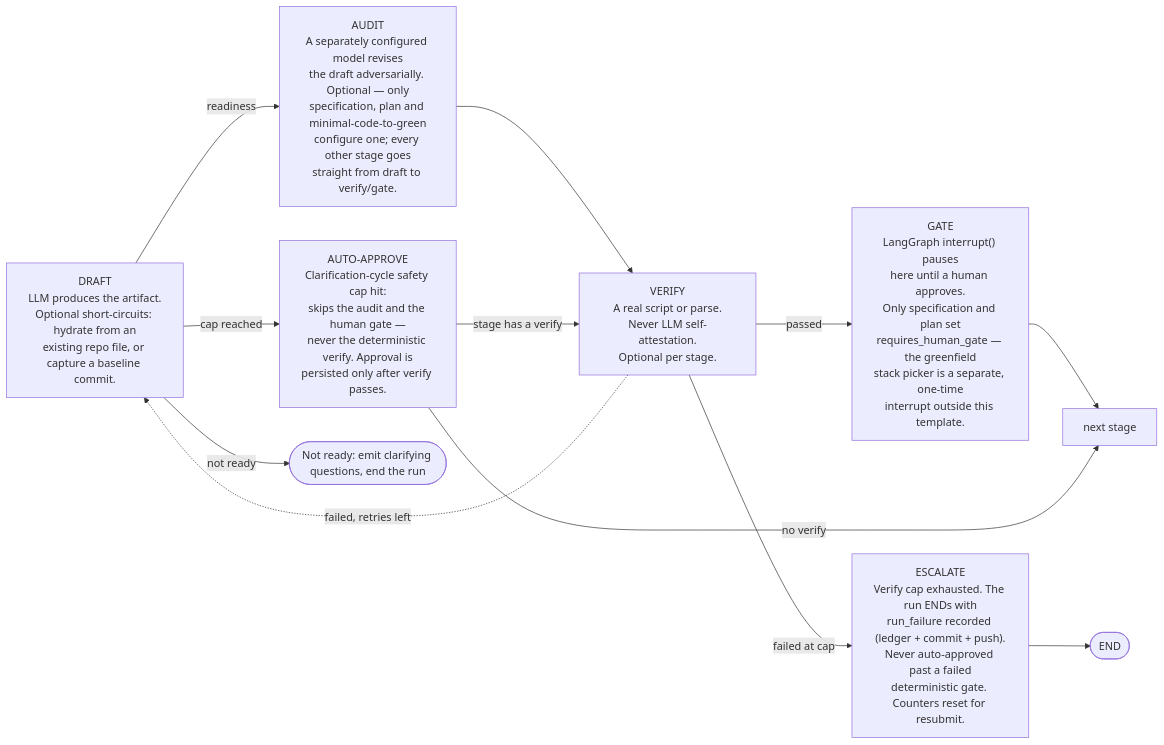
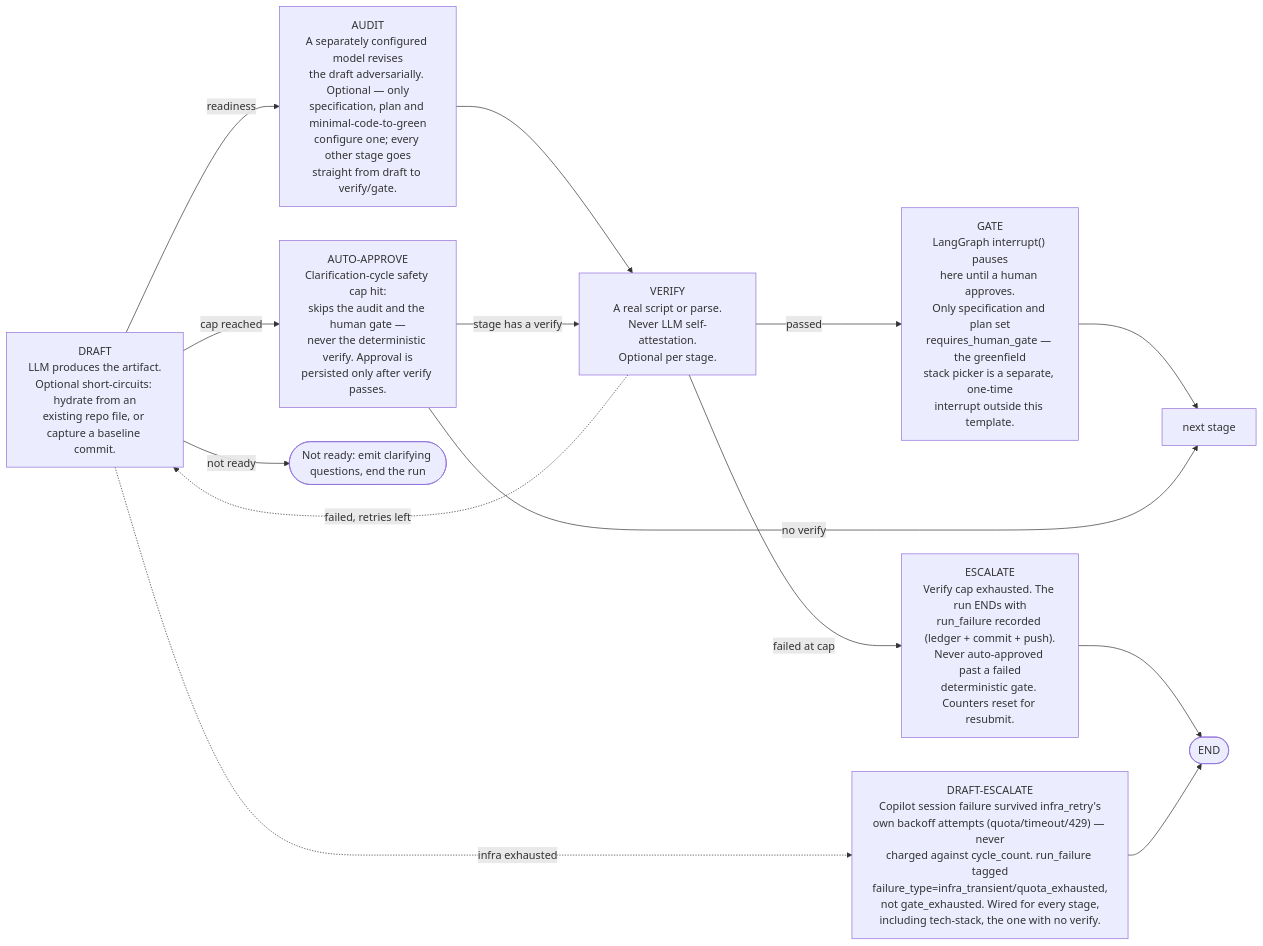
The second of 2 diagrams in README.md (bancroftway/ai-dev-workflow), drawn with Mermaid before and after one commit. The commit also changed other lines of this file and 27 other files, not shown here.

````diff
--- a/README.md
+++ b/README.md
@@ -119,22 +120,25 @@
 ```mermaid
 flowchart LR
     d["DRAFT<br/>LLM produces the artifact.<br/>Optional short-circuits: hydrate from an<br/>existing repo file, or capture a baseline commit."]
     a["AUDIT<br/>A separately configured model revises<br/>the draft adversarially. Optional — only<br/>specification, plan and minimal-code-to-green<br/>configure one; every other stage goes<br/>straight from draft to verify/gate."]
     v["VERIFY<br/>A real script or parse.<br/>Never LLM self-attestation.<br/>Optional per stage."]
     g["GATE<br/>LangGraph interrupt() pauses<br/>here until a human approves.<br/>Only specification and plan set<br/>requires_human_gate — the greenfield<br/>stack picker is a separate, one-time<br/>interrupt outside this template."]
     aa["AUTO-APPROVE<br/>Clarification-cycle safety cap hit:<br/>skips the audit and the human gate —<br/>never the deterministic verify. Approval is<br/>persisted only after verify passes."]
     e["ESCALATE<br/>Verify cap exhausted. The run ENDs with<br/>run_failure recorded (ledger + commit + push).<br/>Never auto-approved past a failed<br/>deterministic gate. Counters reset for resubmit."]
+    ie["DRAFT-ESCALATE<br/>Copilot session failure survived infra_retry's<br/>own backoff attempts (quota/timeout/429) — never<br/>charged against cycle_count. run_failure tagged<br/>failure_type=infra_transient/quota_exhausted,<br/>not gate_exhausted. Wired for every stage,<br/>including tech-stack, the one with no verify."]
     q(["Not ready: emit clarifying questions, end the run"])
 
     d -->|readiness| a
     d -->|cap reached| aa
     d -->|not ready| q
+    d -.->|infra exhausted| ie
     a --> v
     v -->|passed| g
     v -.->|failed, retries left| d
     v -->|failed at cap| e
     e --> theend(["END"])
+    ie --> theend
     g --> next["next stage"]
     aa -->|stage has a verify| v
     aa -->|no verify| next
 ```
````
